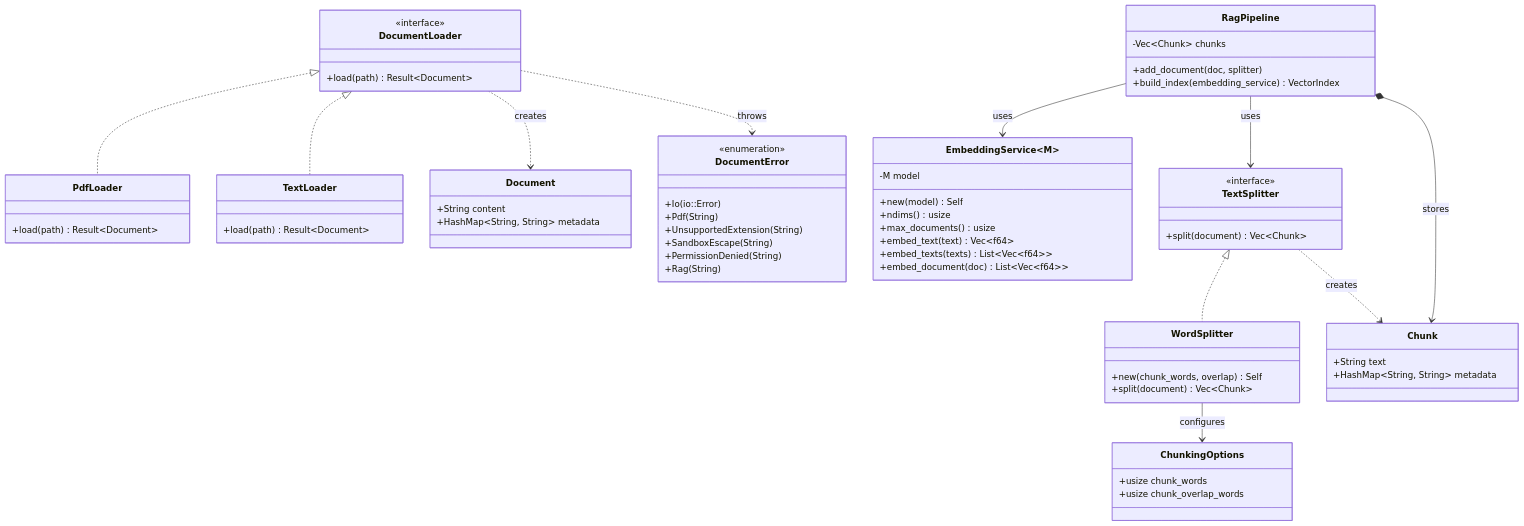
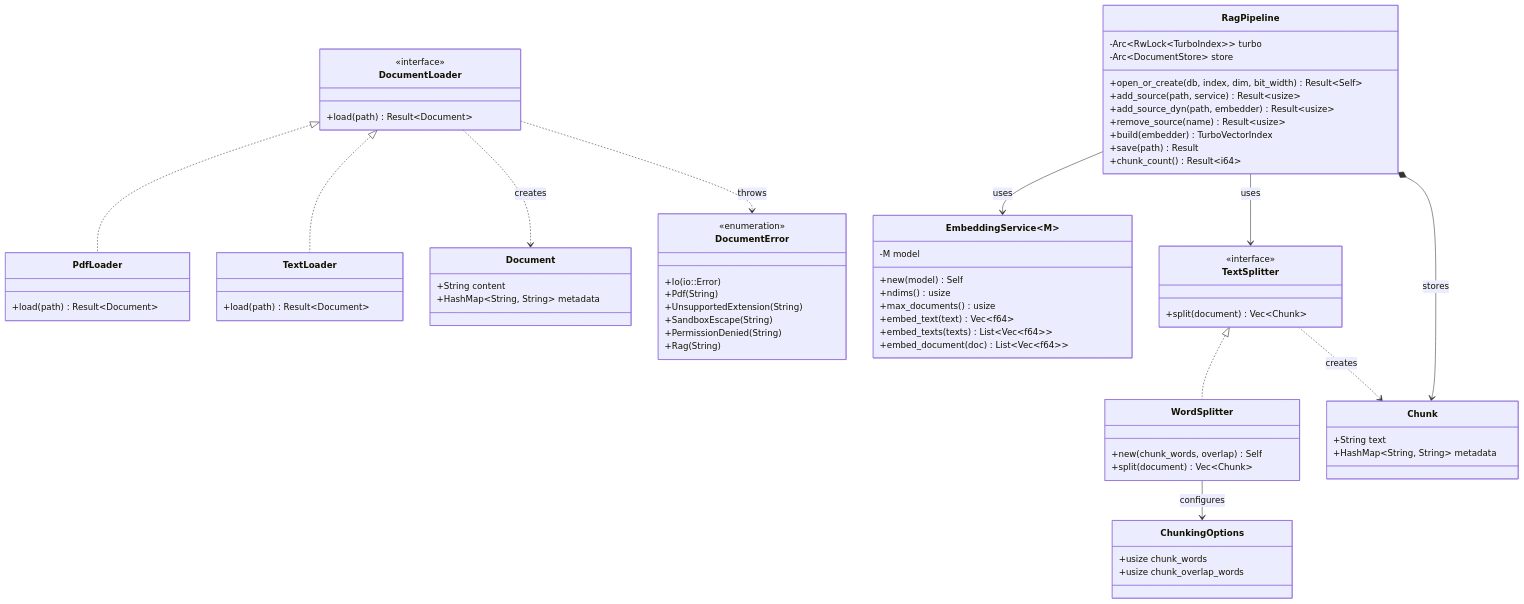
One commit to skaarfundgandr/agent_rs changed the third of 4 diagrams in docs/diagrams/class-diagram.md. Above: the diagram before and after it, drawn with Mermaid. The commit also changed 5 other files, not shown here.

```diff
--- a/docs/diagrams/class-diagram.md
+++ b/docs/diagrams/class-diagram.md
@@ -166,9 +166,15 @@
     }
 
     class RagPipeline {
-        -Vec~Chunk~ chunks
-        +add_document(doc, splitter)
-        +build_index(embedding_service) VectorIndex
+        -Arc~RwLock~TurboIndex~~ turbo
+        -Arc~DocumentStore~ store
+        +open_or_create(db, index, dim, bit_width) Result~Self~
+        +add_source(path, service) Result~usize~
+        +add_source_dyn(path, embedder) Result~usize~
+        +remove_source(name) Result~usize~
+        +build(embedder) TurboVectorIndex
+        +save(path) Result
+        +chunk_count() Result~i64~
     }
 
     class EmbeddingService~M~ {
```
